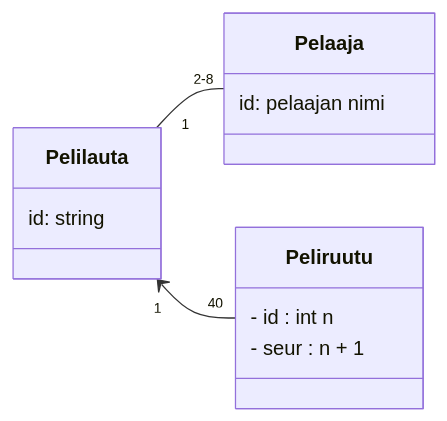
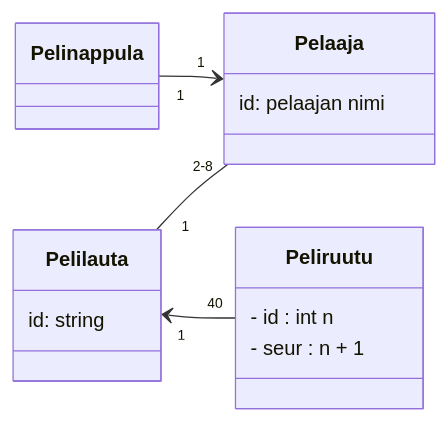
One commit to brotholi/ot-harjoitustyo changed the diagram in laskarit/viikko3/monopoli.md. Above: the diagram before and after it, drawn with Mermaid.

````diff
--- a/laskarit/viikko3/monopoli.md
+++ b/laskarit/viikko3/monopoli.md
@@ -1,24 +1,29 @@
 ```mermaid
  classDiagram
     direction LR
     
     
     class Pelaaja {
         id: pelaajan nimi
     }
 
     class Pelilauta {
      id: string   
     }
     
     
     class Peliruutu {
     - id : int n
     - seur : n + 1
     }
+    
+    class Pelinappula {
+    }
+    
 
     Pelilauta "1" -- "2-8" Pelaaja
     Pelilauta "1" <-- "40" Peliruutu
+    Pelinappula "1" --> "1" Pelaaja
     
-
+    
 ```
````
